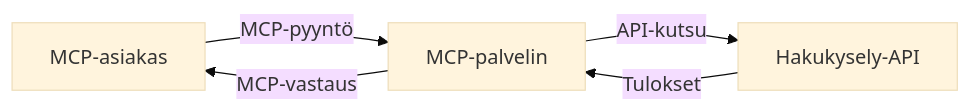
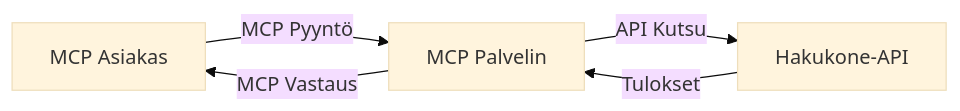
Before and after one commit to microsoft/mcp-for-beginners: the second of 4 diagrams in translations/fi/05-AdvancedTopics/mcp-realtimesearch/README.md, drawn with Mermaid (base theme). The commit also changed other lines of this file and 156 other files, not shown here.

````diff
--- a/translations/fi/05-AdvancedTopics/mcp-realtimesearch/README.md
+++ b/translations/fi/05-AdvancedTopics/mcp-realtimesearch/README.md
@@ -598,7 +600,7 @@
 ```mermaid
 graph LR
-    Client[MCP-asiakas] --> |MCP-pyyntö| Server[MCP-palvelin]
-    Server --> |API-kutsu| SearchAPI[Hakukysely-API]
+    Client[MCP Asiakas] --> |MCP Pyyntö| Server[MCP Palvelin]
+    Server --> |API Kutsu| SearchAPI[Hakukone-API]
     SearchAPI --> |Tulokset| Server
-    Server --> |MCP-vastaus| Client
+    Server --> |MCP Vastaus| Client
 ```
````
